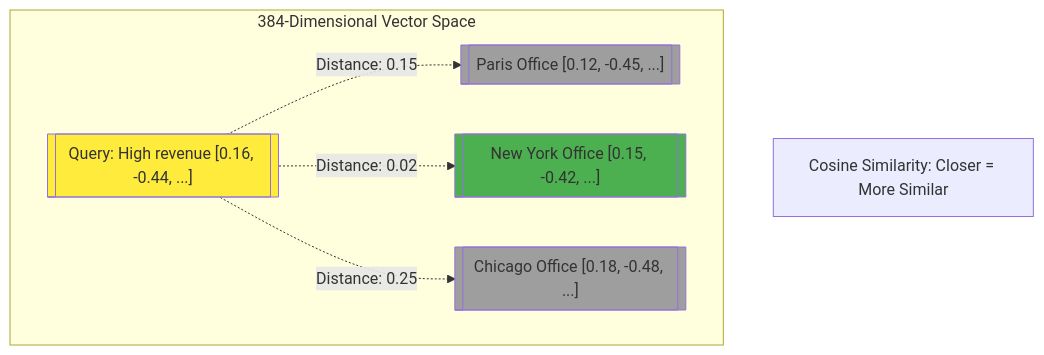
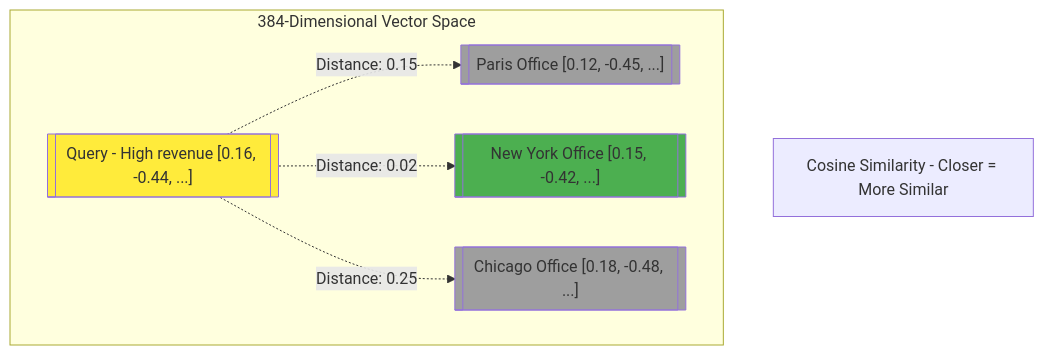
One commit to skillrepos/ai-3in1 changed the fourth of 6 diagrams in docs/architecture-lab4.md. Above: the diagram before and after it, drawn with Mermaid. The commit also changed other lines of this file, not shown here.

Commit message:
Refine terminology in architecture-lab4.md

````diff
--- a/docs/architecture-lab4.md
+++ b/docs/architecture-lab4.md
@@ -153,20 +153,20 @@
 ```mermaid
 graph TD
     subgraph "384-Dimensional Vector Space"
         V1[["Paris Office [0.12, -0.45, ...]"]]
         V2[["New York Office [0.15, -0.42, ...]"]]
         V3[["Chicago Office [0.18, -0.48, ...]"]]
-        Q[["Query: High revenue [0.16, -0.44, ...]"]]
+        Q[["Query - High revenue [0.16, -0.44, ...]"]]
 
         Q -.->|Distance: 0.02| V2
         Q -.->|Distance: 0.15| V1
         Q -.->|Distance: 0.25| V3
     end
 
-    Note["Cosine Similarity: Closer = More Similar"]
+    Note["Cosine Similarity - Closer = More Similar"]
 
     style Q fill:#ffeb3b
     style V2 fill:#4caf50
     style V1 fill:#9e9e9e
     style V3 fill:#9e9e9e
 ```
````
